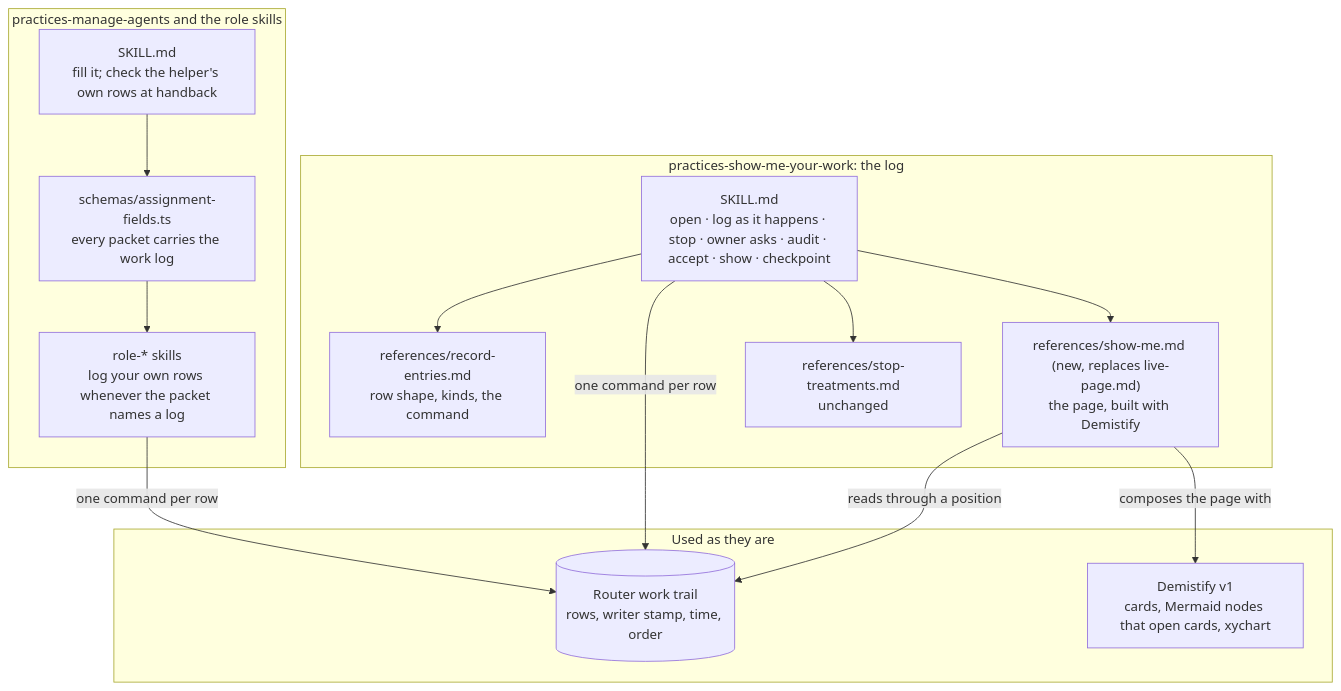
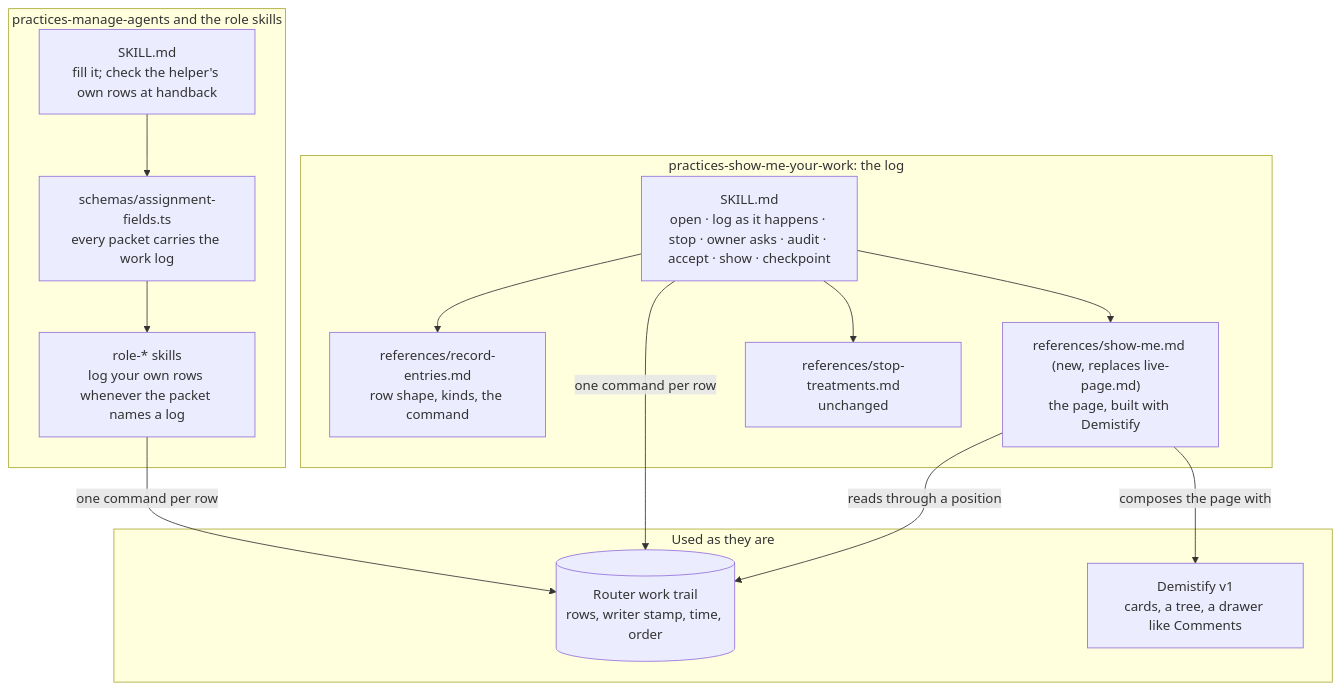
One commit to ShravanSunder/sunstack changed the first of 3 diagrams in docs/wip/skills-authoring/2026-11-06-show-me-your-work-record/program-design.md. Above: the diagram before and after it, drawn with Mermaid. The commit also changed other lines of this file and 17 other files, not shown here.

````diff
--- a/docs/wip/skills-authoring/2026-11-06-show-me-your-work-record/program-design.md
+++ b/docs/wip/skills-authoring/2026-11-06-show-me-your-work-record/program-design.md
@@ -7,27 +7,27 @@
 ```mermaid
 flowchart TB
   subgraph skill["practices-show-me-your-work: the log"]
     S["SKILL.md<br/>open · log as it happens · stop · owner asks · audit · accept · show · checkpoint"]
     RE["references/record-entries.md<br/>row shape, kinds, the command"]
     SM["references/show-me.md (new, replaces live-page.md)<br/>the page, built with Demistify"]
     ST["references/stop-treatments.md<br/>unchanged"]
   end
   subgraph agents["practices-manage-agents and the role skills"]
     PK["schemas/assignment-fields.ts<br/>every packet carries the work log"]
     MA["SKILL.md<br/>fill it; check the helper's own rows at handback"]
     RS["role-* skills<br/>log your own rows whenever the packet names a log"]
   end
   subgraph used["Used as they are"]
     WT[("Router work trail<br/>rows, writer stamp, time, order")]
-    DM["Demistify v1<br/>cards, Mermaid nodes that open cards, xychart"]
+    DM["Demistify v1<br/>cards, a tree, a drawer like Comments"]
   end
   PK --> RS
   MA --> PK
   RS -- "one command per row" --> WT
   S -- "one command per row" --> WT
   SM -- "reads through a position" --> WT
   SM -- "composes the page with" --> DM
   S --> RE
   S --> SM
   S --> ST
 ```
````
